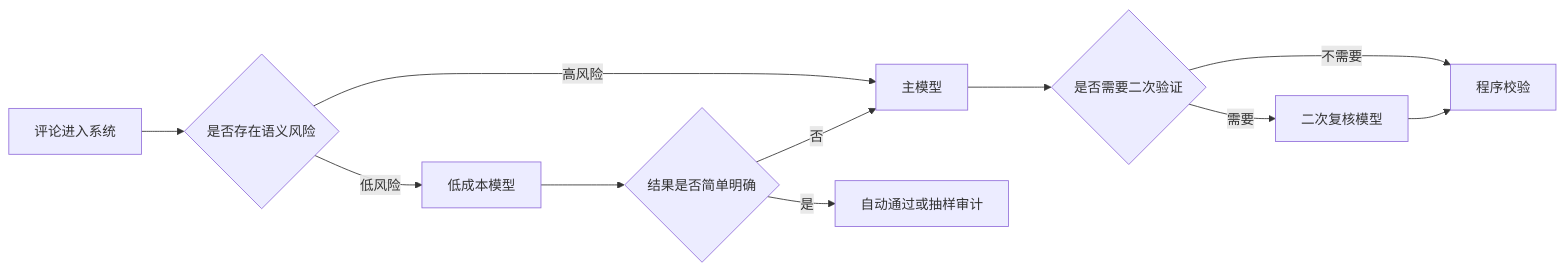
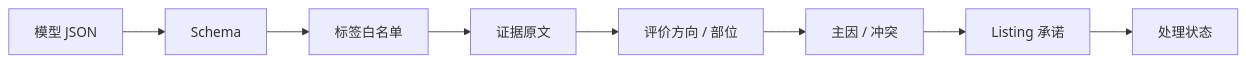
Before and after one commit to songtu2025/returnscope: the tenth of 13 diagrams in docs/退货语义分析智能体_汇报.md, drawn with Mermaid. The commit also changed other lines of this file and 2 other files, not shown here.

````diff
--- a/docs/退货语义分析智能体_汇报.md
+++ b/docs/退货语义分析智能体_汇报.md
@@ -188,13 +391,10 @@
 ```mermaid
 flowchart LR
-    A["评论进入系统"] --> B{"是否存在语义风险"}
-    B -- "低风险" --> C["低成本模型"]
-    B -- "高风险" --> D["主模型"]
-    C --> E{"结果是否简单明确"}
-    E -- "是" --> F["自动通过或抽样审计"]
-    E -- "否" --> D
-    D --> G{"是否需要二次验证"}
-    G -- "需要" --> H["二次复核模型"]
-    G -- "不需要" --> I["程序校验"]
-    H --> I
+    A["模型 JSON"] --> B["Schema"]
+    B --> C["标签白名单"]
+    C --> D["证据原文"]
+    D --> E["评价方向 / 部位"]
+    E --> F["主因 / 冲突"]
+    F --> G["Listing 承诺"]
+    G --> H["处理状态"]
 ```
````
